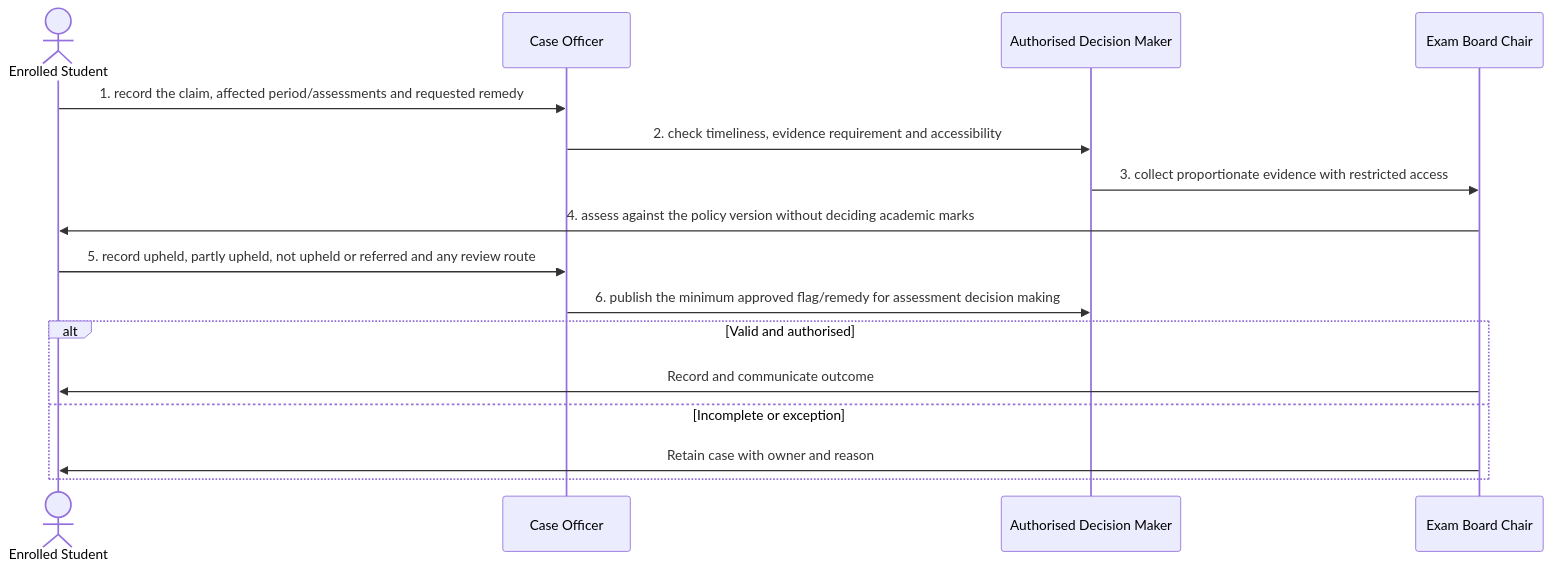
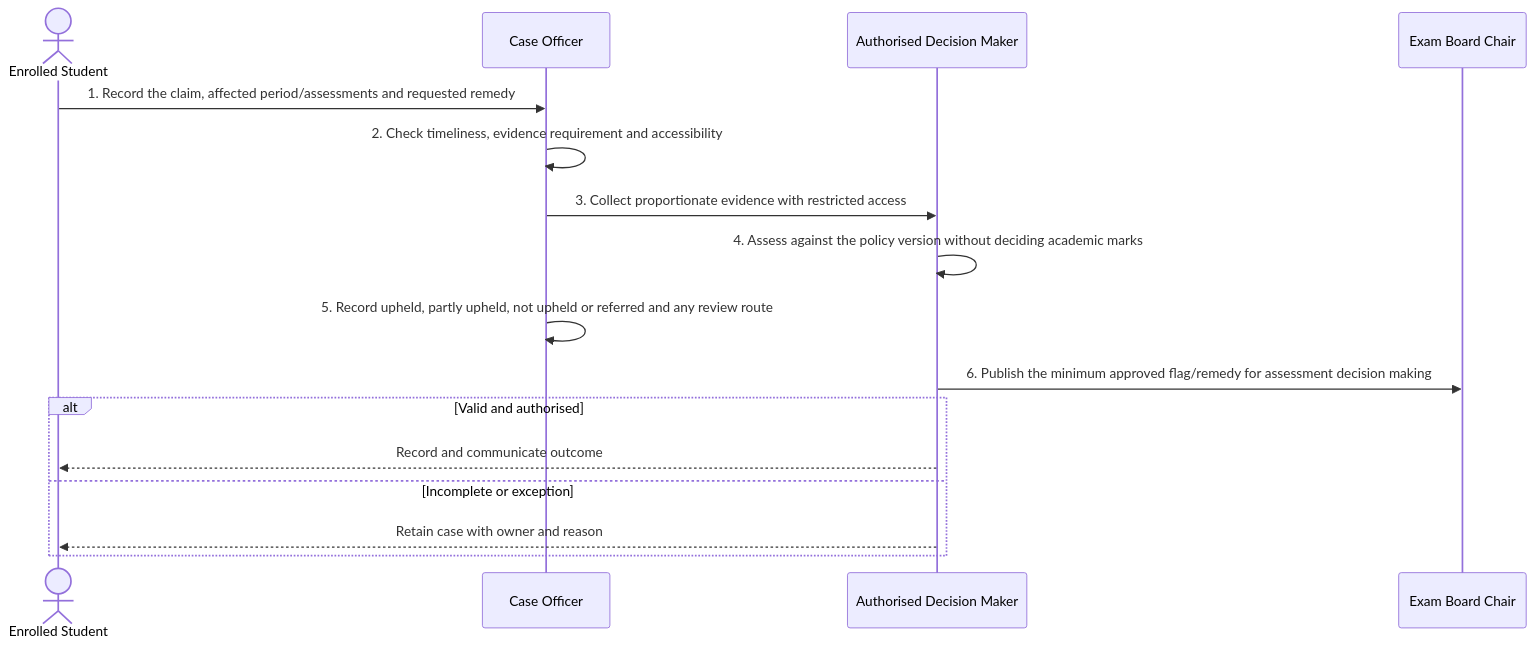
One commit to RevelationCore/Revelation-SRS changed the diagram in docs/business-processes/04-learning-engagement-and-support/bp-04-005-manage-exceptional-circumstances.md. Above: the diagram before and after it, drawn with Mermaid. The commit also changed other lines of this file and 96 other files, not shown here.

````diff
--- a/docs/business-processes/04-learning-engagement-and-support/bp-04-005-manage-exceptional-circumstances.md
+++ b/docs/business-processes/04-learning-engagement-and-support/bp-04-005-manage-exceptional-circumstances.md
@@ -158,18 +158,19 @@
 ```mermaid
 sequenceDiagram
-    actor A1 as Enrolled Student
-    participant A2 as Case Officer
-    participant A3 as Authorised Decision Maker
-    participant A4 as Exam Board Chair
-    A1->>A2: 1. record the claim, affected period/assessments and requested remedy
-    A2->>A3: 2. check timeliness, evidence requirement and accessibility
-    A3->>A4: 3. collect proportionate evidence with restricted access
-    A4->>A1: 4. assess against the policy version without deciding academic marks
-    A1->>A2: 5. record upheld, partly upheld, not upheld or referred and any review route
-    A2->>A3: 6. publish the minimum approved flag/remedy for assessment decision making
+    actor Student as Enrolled Student
+    participant Officer as Case Officer
+    participant Decider as Authorised Decision Maker
+    participant Chair as Exam Board Chair
+
+    Student->>Officer: 1. Record the claim, affected period/assessments and requested remedy
+    Officer->>Officer: 2. Check timeliness, evidence requirement and accessibility
+    Officer->>Decider: 3. Collect proportionate evidence with restricted access
+    Decider->>Decider: 4. Assess against the policy version without deciding academic marks
+    Officer->>Officer: 5. Record upheld, partly upheld, not upheld or referred and any review route
+    Decider->>Chair: 6. Publish the minimum approved flag/remedy for assessment decision making
     alt Valid and authorised
-        A4->>A1: Record and communicate outcome
+        Decider-->>Student: Record and communicate outcome
     else Incomplete or exception
-        A4->>A1: Retain case with owner and reason
+        Decider-->>Student: Retain case with owner and reason
     end
 ```
````
